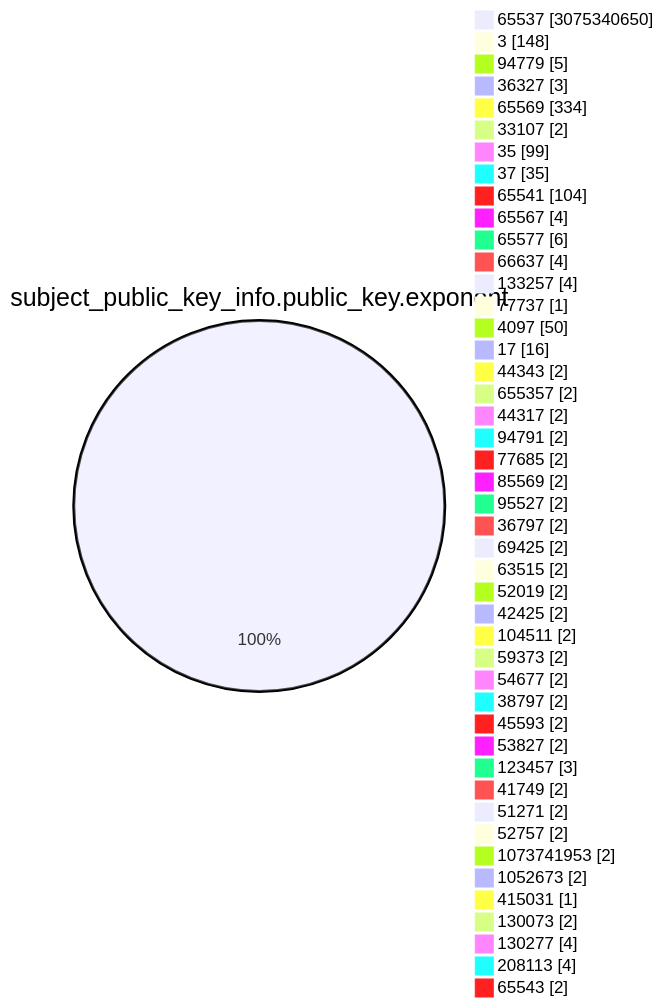
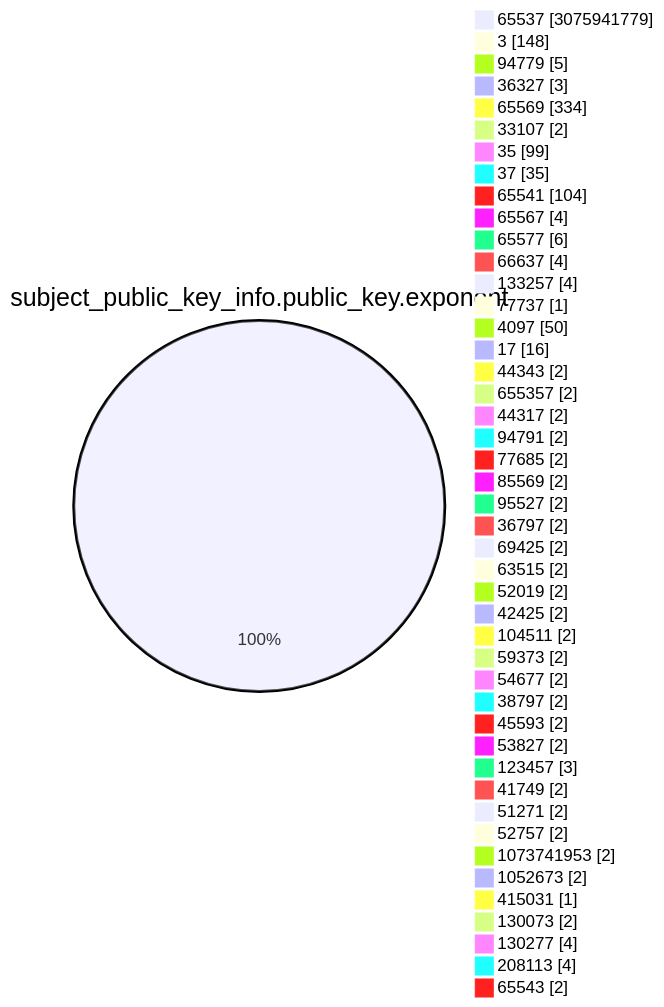
The fourth of 15 diagrams in TOTAL/README.md (christiankrug/ctmonitor_visualization), drawn with Mermaid before and after one commit. The commit also changed other lines of this file, not shown here.

````diff
--- a/TOTAL/README.md
+++ b/TOTAL/README.md
@@ -1473,49 +1473,49 @@
 ```mermaid
 pie showData
 title subject_public_key_info.public_key.exponent
-"65537" :3075340650
+"65537" :3075941779
 "3" :148
 "94779" :5
 "36327" :3
 "65569" :334
 "33107" :2
 "35" :99
 "37" :35
 "65541" :104
 "65567" :4
 "65577" :6
 "66637" :4
 "133257" :4
 "77737" :1
 "4097" :50
 "17" :16
 "44343" :2
 "655357" :2
 "44317" :2
 "94791" :2
 "77685" :2
 "85569" :2
 "95527" :2
 "36797" :2
 "69425" :2
 "63515" :2
 "52019" :2
 "42425" :2
 "104511" :2
 "59373" :2
 "54677" :2
 "38797" :2
 "45593" :2
 "53827" :2
 "123457" :3
 "41749" :2
 "51271" :2
 "52757" :2
 "1073741953" :2
 "1052673" :2
 "415031" :1
 "130073" :2
 "130277" :4
 "208113" :4
 "65543" :2
 ```
````
